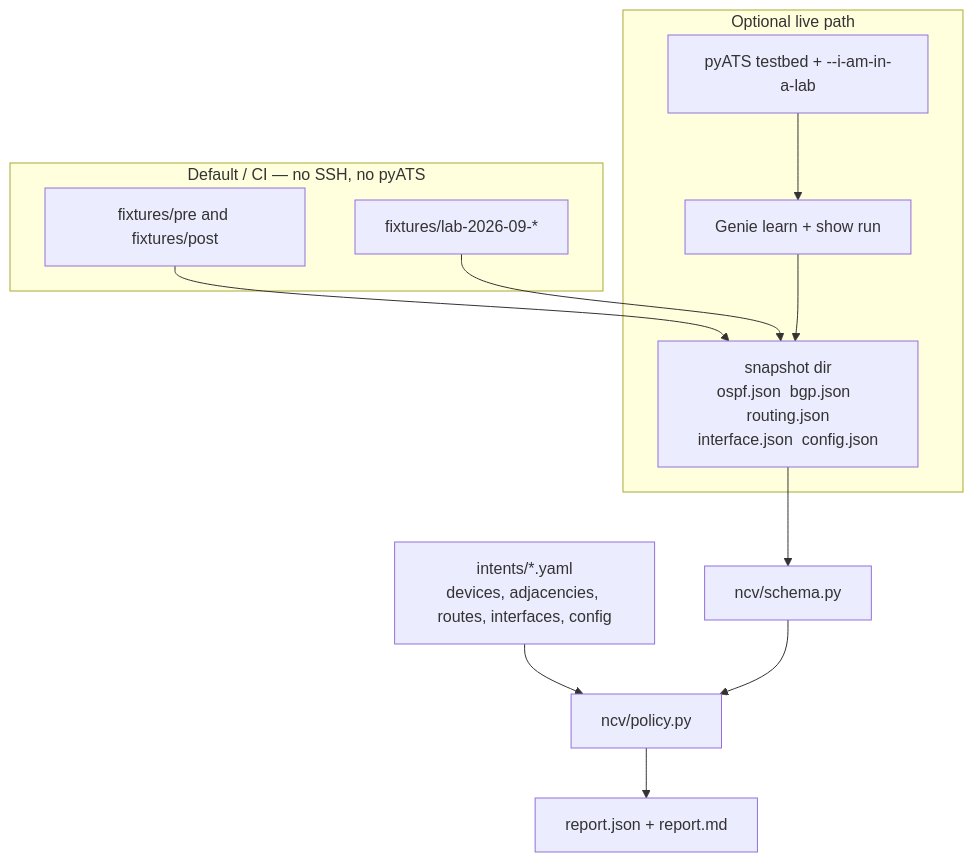
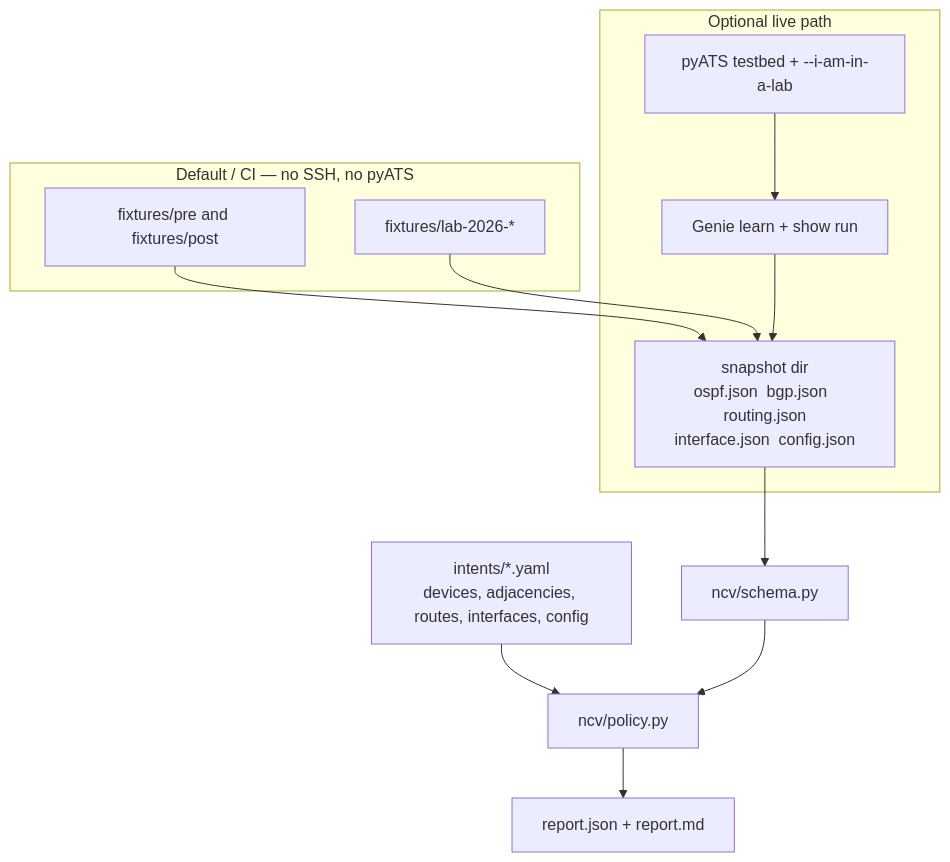
Before and after one commit to Bryancruzcb/network-change-validator: the fourth of 4 diagrams in README.md, drawn with Mermaid. The commit also changed other lines of this file and 128 other files, not shown here.

````diff
--- a/README.md
+++ b/README.md
@@ -171,19 +211,19 @@
 ```mermaid
 flowchart TB
     I["intents/*.yaml<br/>devices, adjacencies, routes, interfaces, config"] --> P[ncv/policy.py]
     S["snapshot dir<br/>ospf.json  bgp.json  routing.json<br/>interface.json  config.json"] --> L[ncv/schema.py]
     L --> P
     P --> R["report.json + report.md"]
 
     subgraph offline["Default / CI — no SSH, no pyATS"]
         F[fixtures/pre and fixtures/post]
-        LabFix["fixtures/lab-2026-09-*"]
+        LabFix["fixtures/lab-2026-*"]
     end
     F --> S
     LabFix --> S
 
     subgraph live["Optional live path"]
         T["pyATS testbed + --i-am-in-a-lab"] --> C[Genie learn + show run]
         C --> S
     end
 ```
````
